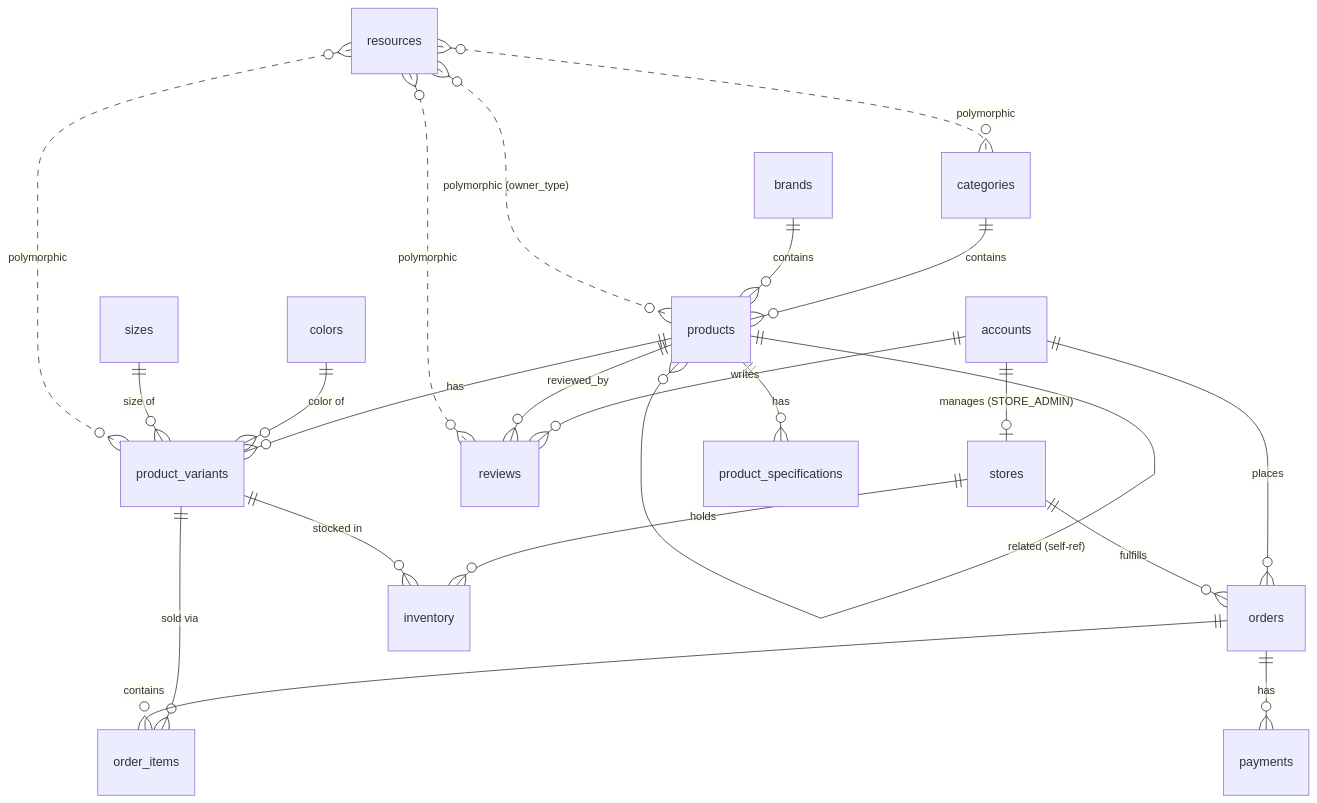
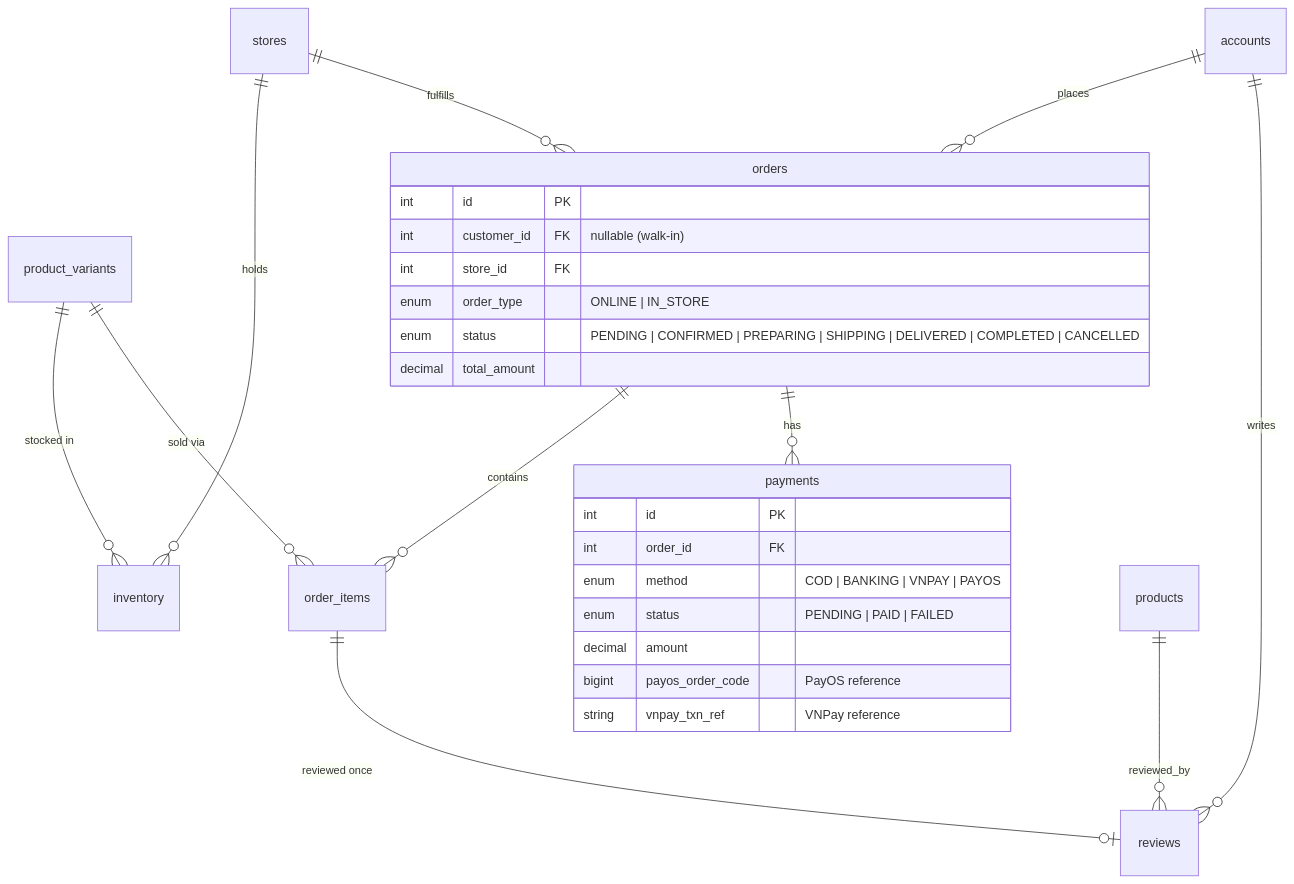
One commit to good-min-ton/goodminton-shop-api changed the fourth of 14 diagrams in README.md. Above: the diagram before and after it, drawn with Mermaid. The commit also changed other lines of this file, not shown here.

First line of the commit message:
docs: split ERD into domain sub-diagrams and fix rate limiter mermaid

````diff
--- a/README.md
+++ b/README.md
@@ -53,29 +116,34 @@
 ```mermaid
 erDiagram
+    stores ||--o{ inventory : holds
+    product_variants ||--o{ inventory : "stocked in"
+
     accounts ||--o{ orders : places
-    accounts ||--o| stores : "manages (STORE_ADMIN)"
-    accounts ||--o{ reviews : writes
-
-    stores ||--o{ inventory : holds
     stores ||--o{ orders : fulfills
-
-    categories ||--o{ products : contains
-    brands ||--o{ products : contains
-    products ||--o{ product_variants : has
-    products ||--o{ product_specifications : has
-    products ||--o{ products : "related (self-ref)"
-    products ||--o{ reviews : reviewed_by
-
-    product_variants ||--o{ inventory : "stocked in"
-    product_variants ||--o{ order_items : "sold via"
-    colors ||--o{ product_variants : "color of"
-    sizes ||--o{ product_variants : "size of"
-
     orders ||--o{ order_items : contains
     orders ||--o{ payments : has
+    product_variants ||--o{ order_items : "sold via"
 
-    resources }o..o{ products : "polymorphic (owner_type)"
-    resources }o..o{ categories : "polymorphic"
-    resources }o..o{ product_variants : "polymorphic"
-    resources }o..o{ reviews : "polymorphic"
+    accounts ||--o{ reviews : writes
+    products ||--o{ reviews : reviewed_by
+    order_items ||--o| reviews : "reviewed once"
+
+    orders {
+        int id PK
+        int customer_id FK "nullable (walk-in)"
+        int store_id FK
+        enum order_type "ONLINE | IN_STORE"
+        enum status "PENDING | CONFIRMED | PREPARING | SHIPPING | DELIVERED | COMPLETED | CANCELLED"
+        decimal total_amount
+    }
+
+    payments {
+        int id PK
+        int order_id FK
+        enum method "COD | BANKING | VNPAY | PAYOS"
+        enum status "PENDING | PAID | FAILED"
+        decimal amount
+        bigint payos_order_code "PayOS reference"
+        string vnpay_txn_ref "VNPay reference"
+    }
 ```
````
